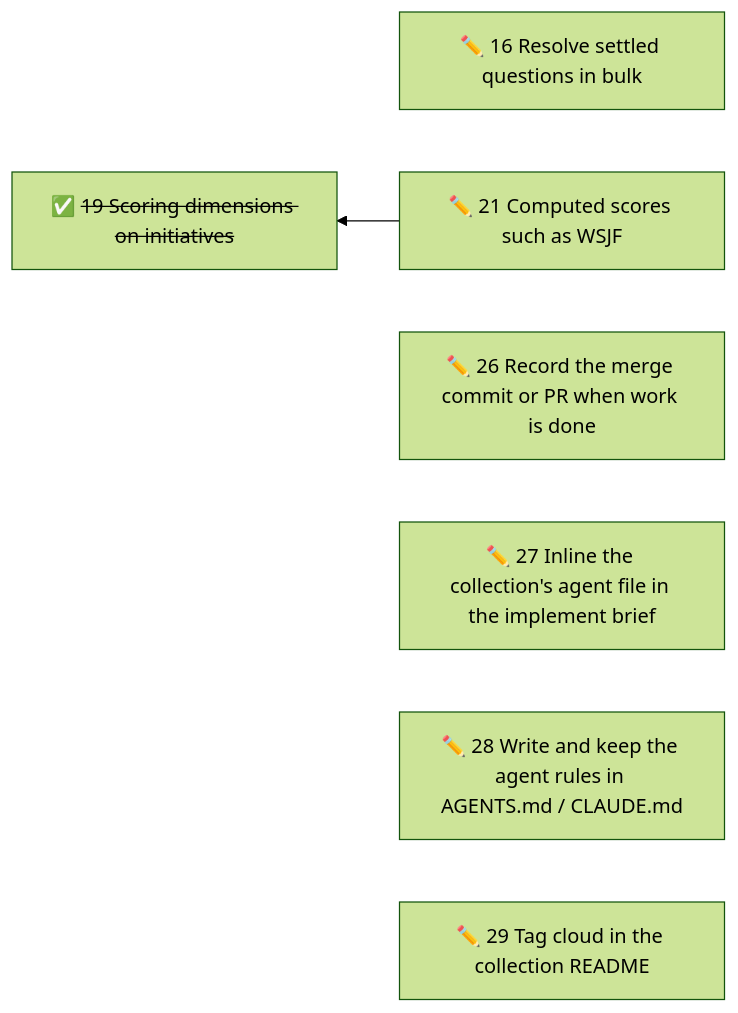
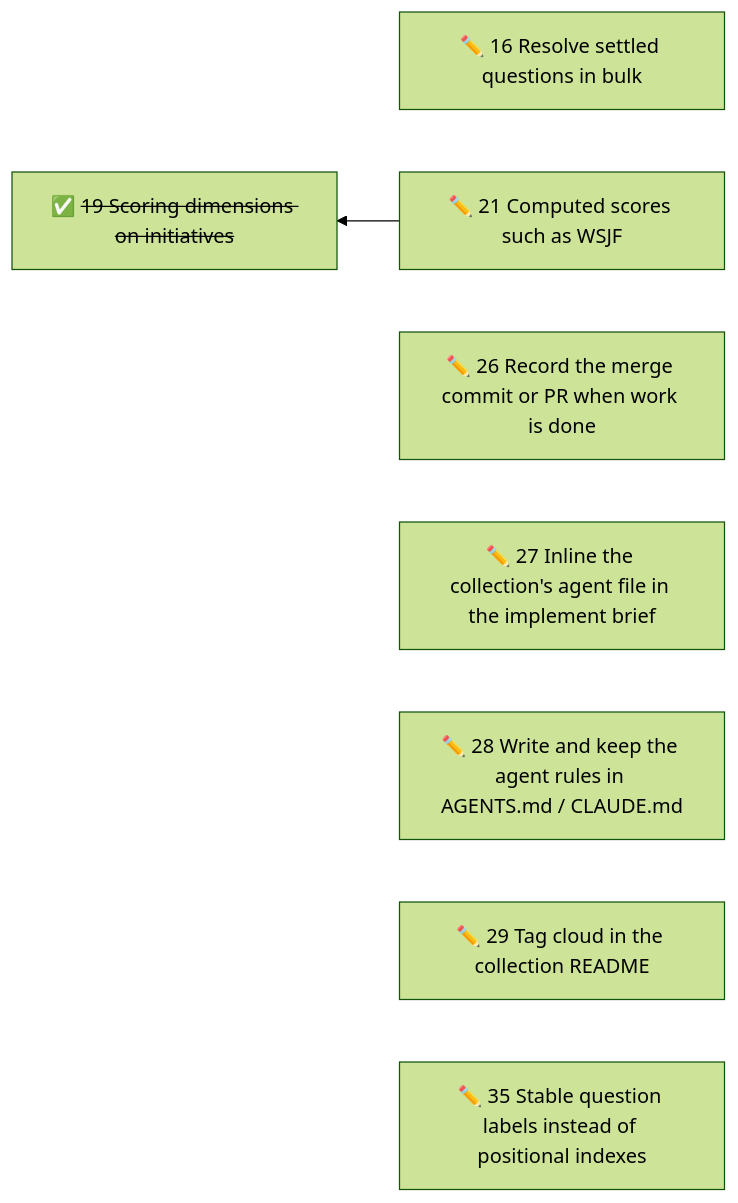
Before and after one commit to duckAsteroid/brindley: the diagram in initiatives/README.md, drawn with Mermaid (forest theme). The commit also changed other lines of this file and 2 other files, not shown here.

First line of the commit message:
docs(initiatives): propose stable question labels

````diff
--- a/initiatives/README.md
+++ b/initiatives/README.md
@@ -35,18 +36,20 @@
 ```mermaid
 flowchart RL
   n16["✏️ 16 Resolve settled questions in bulk"]
   n21["✏️ 21 Computed scores such as WSJF"]
   n26["✏️ 26 Record the merge commit or PR when work is done"]
   n27["✏️ 27 Inline the collection's agent file in the implement brief"]
   n28["✏️ 28 Write and keep the agent rules in AGENTS.md / CLAUDE.md"]
   n29["✏️ 29 Tag cloud in the collection README"]
+  n35["✏️ 35 Stable question labels instead of positional indexes"]
   n19["✅ <s>19 Scoring dimensions on initiatives</s>"]
   n21 --> n19
   click n16 href "16-resolve-settled-questions-in-bulk.md"
   click n21 href "21-computed-scores-such-as-wsjf.md"
   click n26 href "26-record-the-merge-commit-or-pr-when-work-is-done.md"
   click n27 href "27-inline-the-collection-s-agent-file-in-the-implement-brief.md"
   click n28 href "28-write-and-keep-the-agent-rules-in-agents-md-claude-md.md"
   click n29 href "29-tag-cloud-in-the-collection-readme.md"
+  click n35 href "35-stable-question-labels-instead-of-positional-indexes.md"
   click n19 href "done/19-rank-initiatives-by-scoring-dimensions.md"
 ```
````
